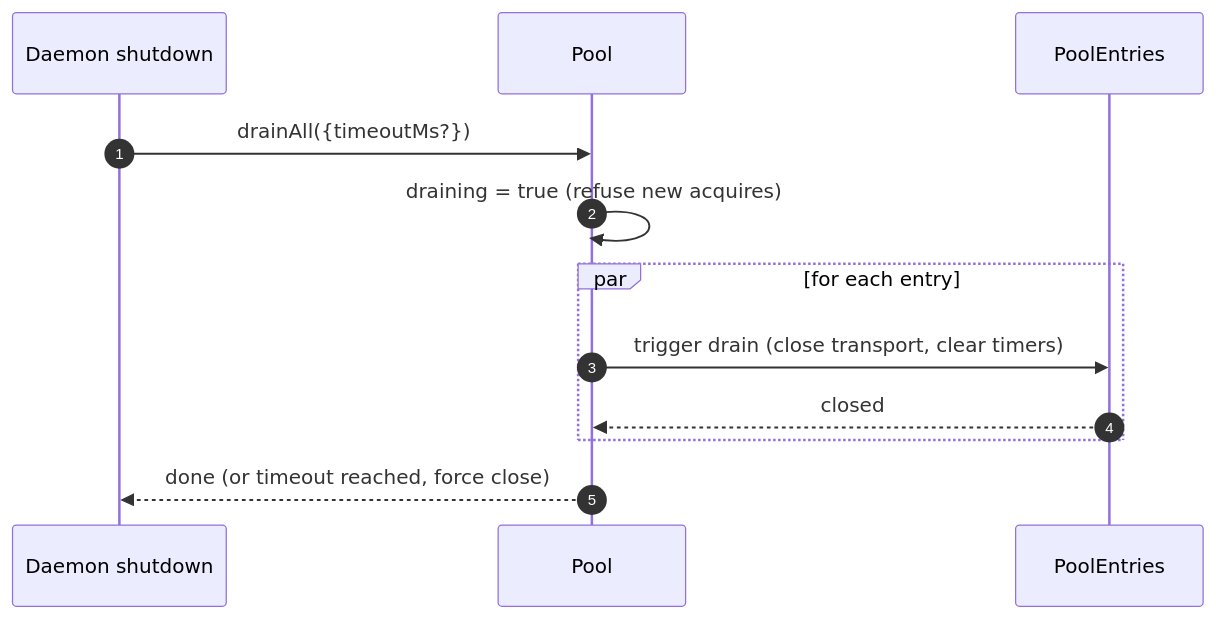
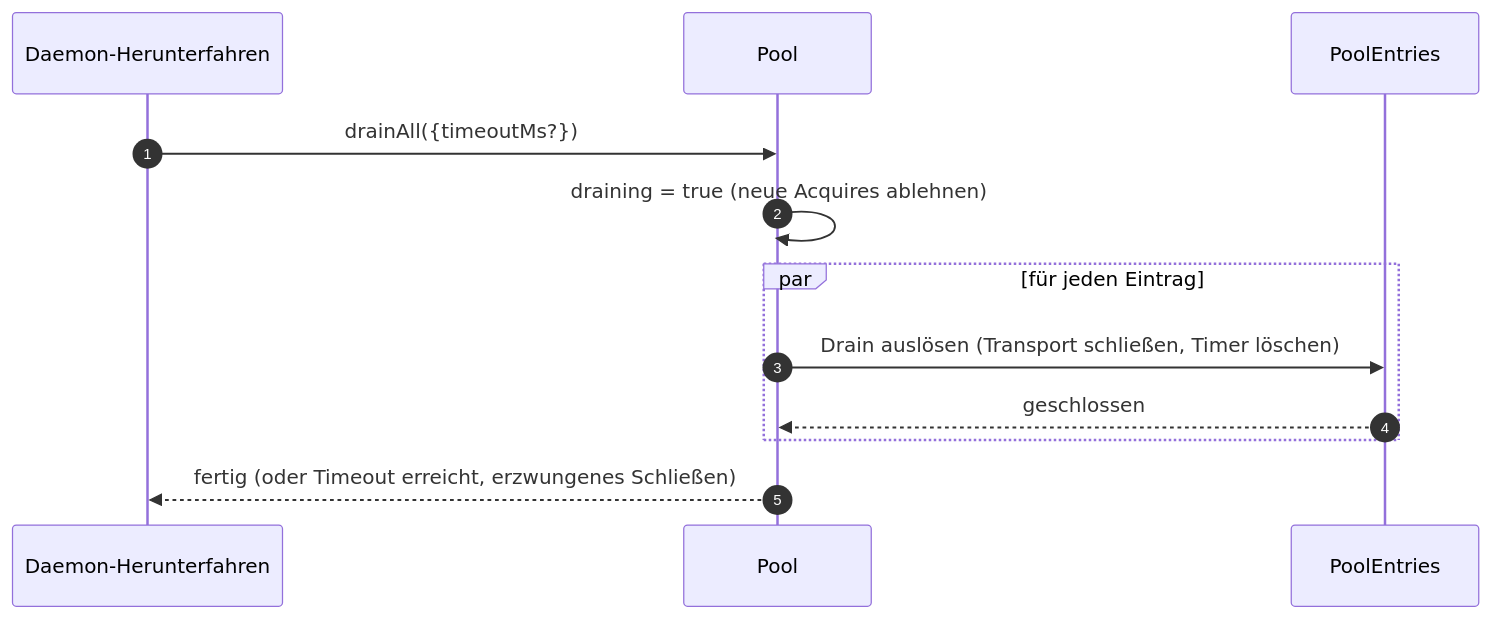
Before and after one commit to QwenLM/qwen-code-docs: the fourth of 4 diagrams in website/content/de/developers/daemon/05-mcp-transport-pool.md, drawn with Mermaid. The commit also changed other lines of this file and 1077 other files, not shown here.

````diff
--- a/website/content/de/developers/daemon/05-mcp-transport-pool.md
+++ b/website/content/de/developers/daemon/05-mcp-transport-pool.md
@@ -205,15 +206,15 @@
 ```mermaid
 sequenceDiagram
     autonumber
-    participant D as Daemon shutdown
+    participant D as Daemon-Herunterfahren
     participant P as Pool
     participant E as PoolEntries
 
     D->>P: drainAll({timeoutMs?})
-    P->>P: draining = true (refuse new acquires)
-    par for each entry
-        P->>E: trigger drain (close transport, clear timers)
-        E-->>P: closed
+    P->>P: draining = true (neue Acquires ablehnen)
+    par für jeden Eintrag
+        P->>E: Drain auslösen (Transport schließen, Timer löschen)
+        E-->>P: geschlossen
     end
-    P-->>D: done (or timeout reached, force close)
+    P-->>D: fertig (oder Timeout erreicht, erzwungenes Schließen)
 ```
````
